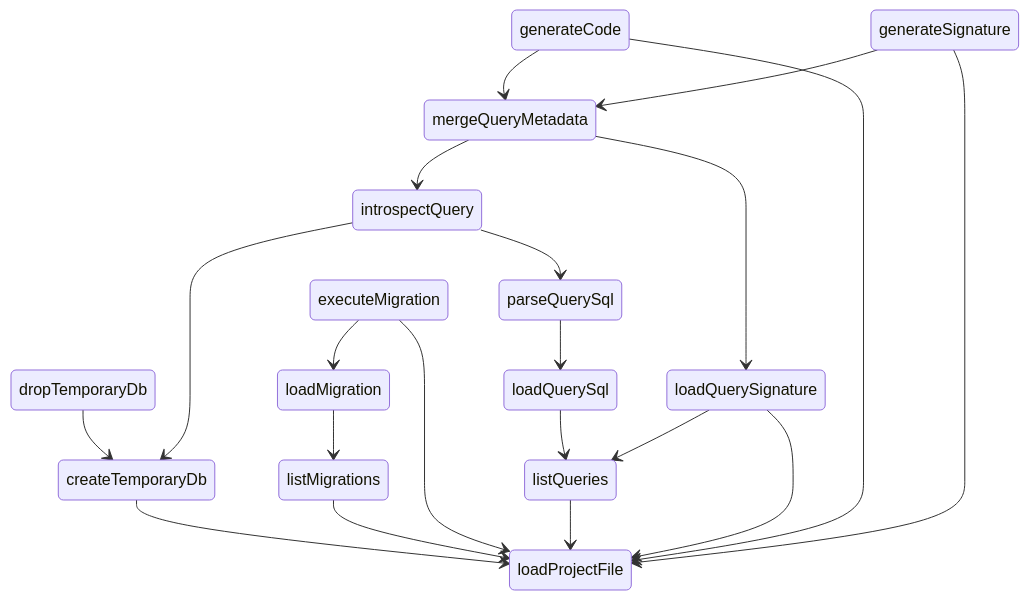
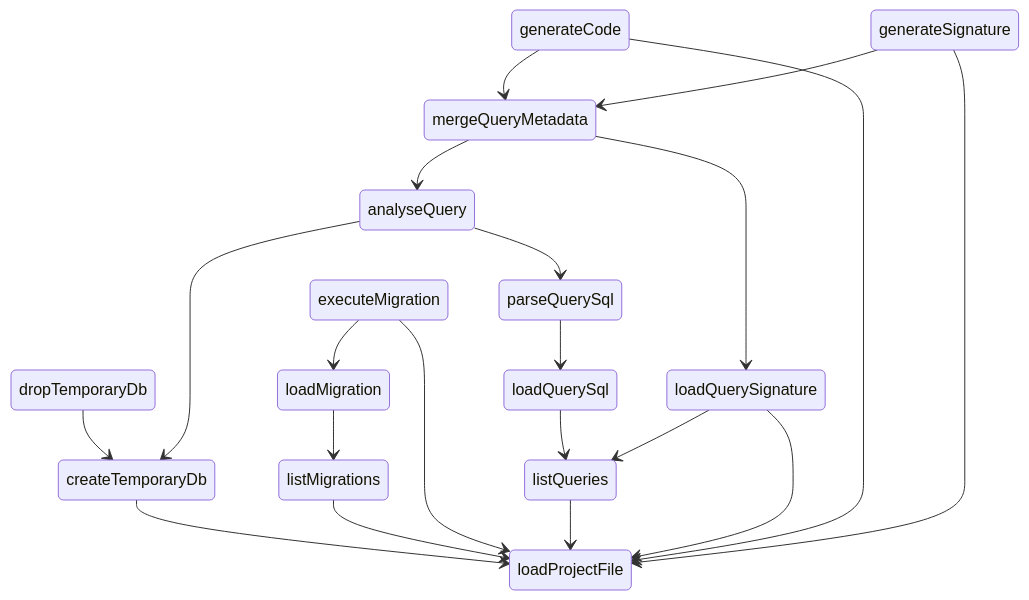
One commit to pgenie-io/pgenie changed the diagram in design/algebra-dependencies.mmd. Above: the diagram before and after it, drawn with Mermaid. The commit also changed 1 other file, not shown here.

```diff
--- a/design/algebra-dependencies.mmd
+++ b/design/algebra-dependencies.mmd
@@ -1,29 +1,29 @@
 stateDiagram-v2
 
 %% The root of the app is a state machine defining the data interfaces between various procedures in the app. It is to be depended on by all the procedural code in the app. Procedures become the implementations of the arrows in the state machine. So actually they are transitions.
 %% 
 %% This defines the logic of the app and the data structures used in it.
 %% 
 %% You can think of it as defining dispatch.
 
 
 
 createTemporaryDb --> loadProjectFile
 dropTemporaryDb --> createTemporaryDb
 listMigrations --> loadProjectFile
 loadMigration --> listMigrations
 executeMigration --> loadProjectFile
 executeMigration --> loadMigration
 listQueries --> loadProjectFile
 loadQuerySql --> listQueries
 loadQuerySignature --> loadProjectFile
 loadQuerySignature --> listQueries
 parseQuerySql --> loadQuerySql
-introspectQuery --> createTemporaryDb
-introspectQuery --> parseQuerySql
+analyseQuery --> createTemporaryDb
+analyseQuery --> parseQuerySql
 mergeQueryMetadata --> loadQuerySignature
-mergeQueryMetadata --> introspectQuery
+mergeQueryMetadata --> analyseQuery
 generateCode --> loadProjectFile
 generateCode --> mergeQueryMetadata
 generateSignature --> loadProjectFile
 generateSignature --> mergeQueryMetadata
```
